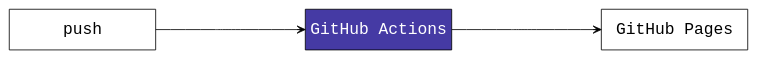
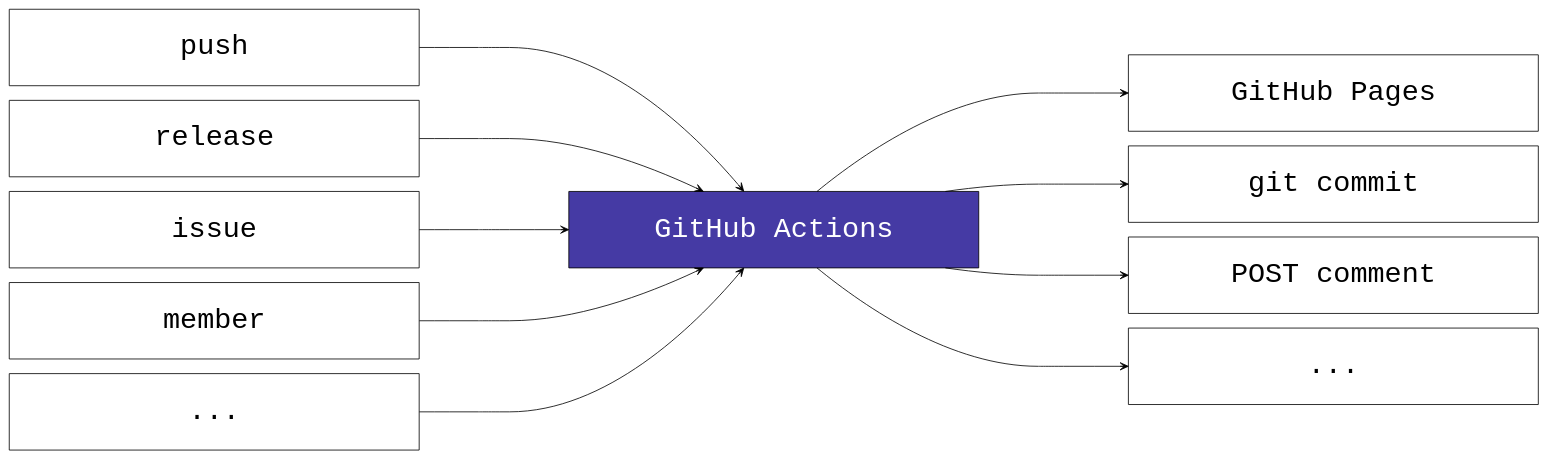
Before and after one commit to maxheld83/ghactions: the diagram in assets/api.gv, drawn with Graphviz. The commit also changed 1 other file, not shown here.

```diff
--- a/assets/api.gv
+++ b/assets/api.gv
@@ -1,51 +1,106 @@
 digraph api {
 
 graph [
   layout = dot
   rankdir = LR
 ]
 
 node  [
   shape = rectangle
   color = black
   fixedsize = true
-  width = 2.5
-  height = 0.7
+  width = 7
+  height = 1.3
   style = solid
-  fontsize=20
+  fontsize=35
 ]
 
 node  [
   fontname = "Courier"
   label = "push"
 ]
 push
+
+node  [
+  fontname = "Courier"
+  label = "release"
+]
+release
+
+node  [
+  fontname = "Courier"
+  label = "issue"
+]
+issue
+
+node  [
+  fontname = "Courier"
+  label = "member"
+]
+member
 
 node [
   label = "GitHub Actions"
   fillcolor = "#453AA4"
   style = filled
   fontcolor = white
 ]
 actions
 
 node [
   label = "GitHub Pages"
   fontcolor = black
   fillcolor = white
 ]
 pages
 
+node [
+  label = "git commit"
+]
+commit
+
+node [
+  label = "POST comment"
+]
+comment
+
+node [
+  label = "..."
+]
+outel
+
+node [
+  label = "..."
+]
+inel
+
 edge [
   arrowhead = "vee"
   color = black,
   fontname = "Courier"
   minlen = 5
-  fontsize=20
+  fontsize=25
 ]
 push -> {actions} [
   width = 1
 ]
+release -> {actions} [
+  width = 1
+]
+issue -> {actions} [
+  width = 1
+]
+member -> {actions} [
+  width = 1
+]
 actions -> {pages} [
 ]
+actions -> {commit} [
+]
+actions -> {comment} [
+]
+actions -> {outel} [
+]
+inel -> {actions} [
+]
 }
```
